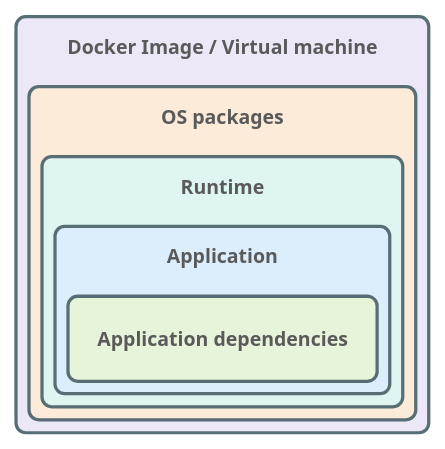
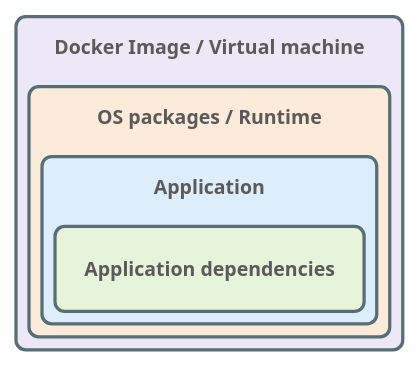
The diagram in Presentation/architecture.puml (johanjanssen/Keep-Up-To-Date), drawn with PlantUML before and after one commit. The commit also changed 4 other files, not shown here.

```diff
--- a/Presentation/architecture.puml
+++ b/Presentation/architecture.puml
@@ -1,22 +1,20 @@
 @startuml
 !theme bluegray
 !pragma layout smetana
 skinparam backgroundColor transparent
 skinparam roundCorner 12
 skinparam rectangle {
     BorderColor #586e75
     FontStyle bold
 }
 
 rectangle "Docker Image / Virtual machine" #ECE8F7 {
-    rectangle "OS packages" #FDEBD9 {
-        rectangle "Runtime" #DFF5F2 {
-            rectangle "Application" #DCEEFB {
-                rectangle "Application dependencies" #E6F4D9 {
-                }
+    rectangle "OS packages / Runtime" #FDEBD9 {
+        rectangle "Application" #DCEEFB {
+            rectangle "Application dependencies" #E6F4D9 {
             }
         }
     }
 }
 
 @enduml
```
